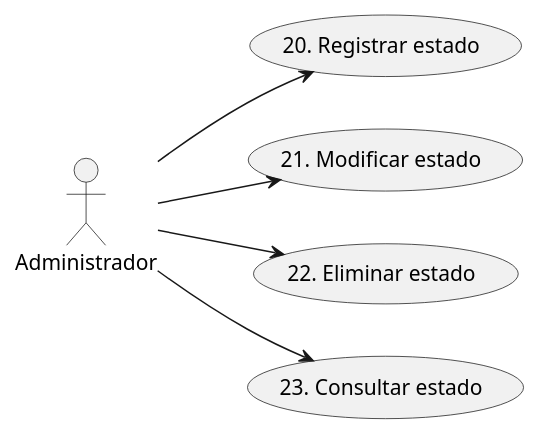
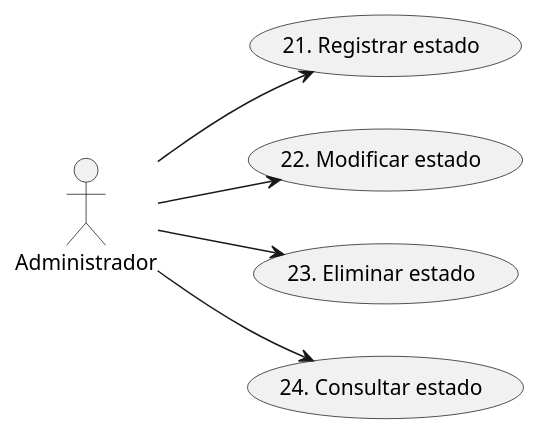
One commit to ciggyx/Task_Flow changed the fourth of 8 diagrams in Modelado/DiagramasCU.plantuml. Above: the diagram before and after it, drawn with PlantUML. The commit also changed other lines of this file and 1 other file, not shown here.

Commit message:
chore(diagrama-cu): actualizado los cu + diagrama de estados de amistad

```diff
--- a/Modelado/DiagramasCU.plantuml
+++ b/Modelado/DiagramasCU.plantuml
@@ -52,8 +53,8 @@
 @startuml CU_Administración_Estado
 left to right direction
 actor :Administrador: as A
-A --> (20. Registrar estado)
-A --> (21. Modificar estado)
-A --> (22. Eliminar estado)
-A --> (23. Consultar estado)
+A --> (21. Registrar estado)
+A --> (22. Modificar estado)
+A --> (23. Eliminar estado)
+A --> (24. Consultar estado)
 @enduml
```
